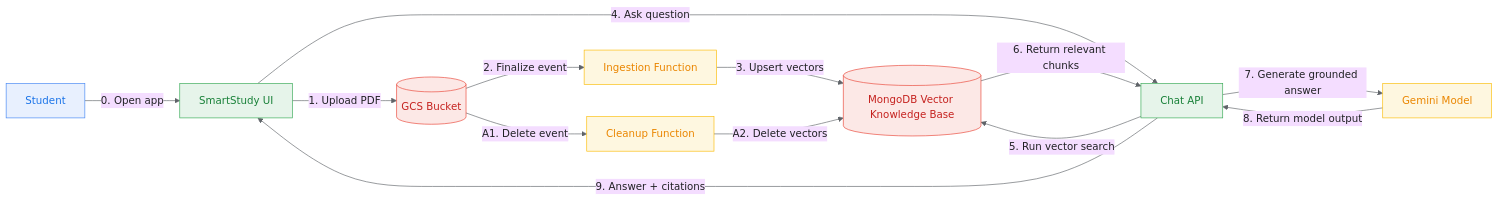
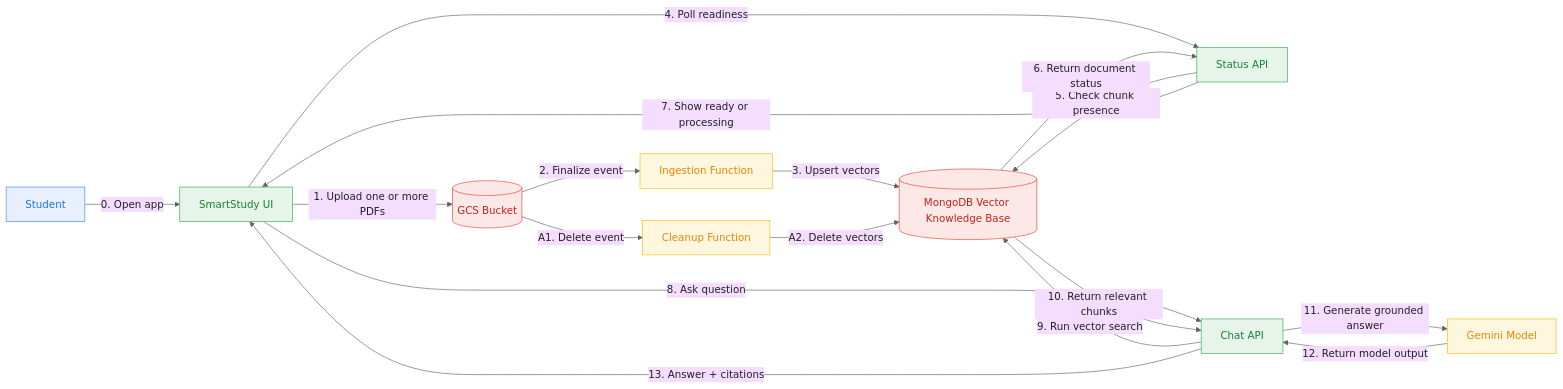
The diagram in docs/architecture-overview.md (DanielMortada/cloud-computing-project), drawn with Mermaid before and after one commit. The commit also changed other lines of this file and 4 other files, not shown here.

First line of the commit message:
Enhance document upload and status tracking in SmartStudy

````diff
--- a/docs/architecture-overview.md
+++ b/docs/architecture-overview.md
@@ -11,29 +11,34 @@
 ```mermaid
 %%{init: {"theme":"base","themeVariables":{"primaryTextColor":"#202124","lineColor":"#5F6368","fontFamily":"Arial"}}}%%
 flowchart LR
     A[Student] -->|0. Open app| B[SmartStudy UI]
 
-    B -->|1. Upload PDF| C[(GCS Bucket)]
+    B -->|1. Upload one or more PDFs| C[(GCS Bucket)]
     C -->|2. Finalize event| G[Ingestion Function]
     G -->|3. Upsert vectors| D[(MongoDB Vector Knowledge Base)]
 
-    B -->|4. Ask question| X[Chat API]
-    X -->|5. Run vector search| D
-    D -->|6. Return relevant chunks| X
-    X -->|7. Generate grounded answer| E[Gemini Model]
-    E -->|8. Return model output| X
-    X -->|9. Answer + citations| B
+    B -->|4. Poll readiness| S[Status API]
+    S -->|5. Check chunk presence| D
+    D -->|6. Return document status| S
+    S -->|7. Show ready or processing| B
+
+    B -->|8. Ask question| X[Chat API]
+    X -->|9. Run vector search| D
+    D -->|10. Return relevant chunks| X
+    X -->|11. Generate grounded answer| E[Gemini Model]
+    E -->|12. Return model output| X
+    X -->|13. Answer + citations| B
 
     C -->|A1. Delete event| H[Cleanup Function]
     H -->|A2. Delete vectors| D
 
     classDef user fill:#E8F0FE,stroke:#4285F4,color:#1A73E8,stroke-width:1px;
     classDef service fill:#E6F4EA,stroke:#34A853,color:#188038,stroke-width:1px;
     classDef compute fill:#FEF7E0,stroke:#FBBC05,color:#EA8600,stroke-width:1px;
     classDef data fill:#FCE8E6,stroke:#EA4335,color:#C5221F,stroke-width:1px;
 
     class A user;
-    class B,X service;
+    class B,X,S service;
     class G,H,E compute;
     class C,D data;
 ```
````
